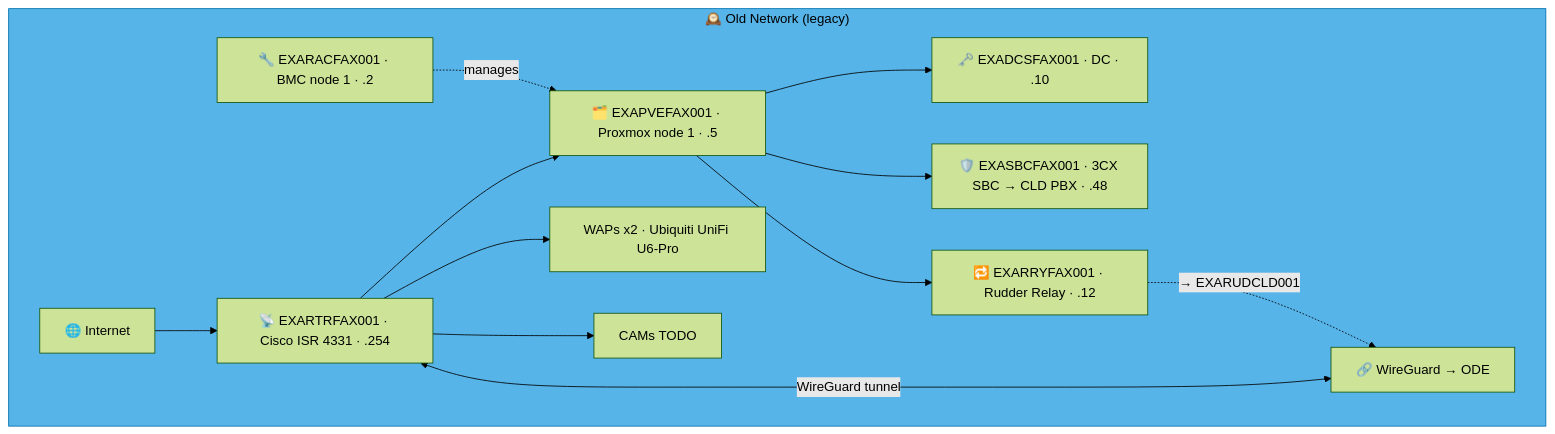
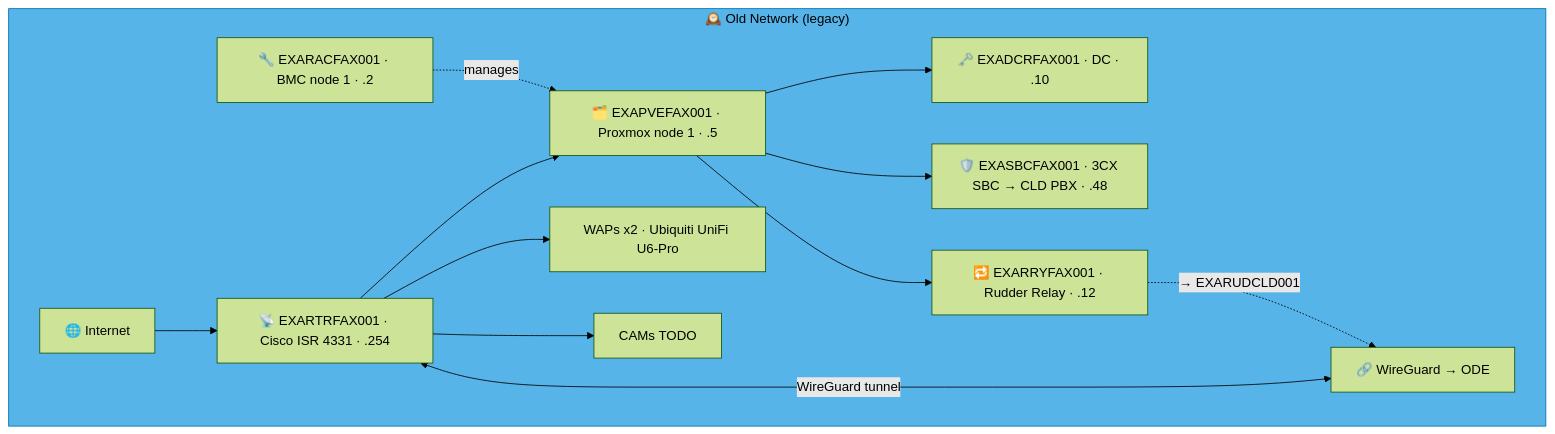
The tenth of 23 diagrams in docs/network-diagram/danmark.md (knightmare2600/example_music_infra), drawn with Mermaid (forest theme) before and after one commit. The commit also changed other lines of this file and 8 other files, not shown here.

````diff
--- a/docs/network-diagram/danmark.md
+++ b/docs/network-diagram/danmark.md
@@ -499,24 +482,24 @@
 ```mermaid
 graph TD
     subgraph OLD_FAX ["🕰️ Old Network (legacy)"]
       INET["🌐 Internet"]
       RTR["📡 EXARTRFAX001 · Cisco ISR 4331 · .254"]
       RAC["🔧 EXARACFAX001 · BMC node 1 · .2"]
       PVE["🗂️ EXAPVEFAX001 · Proxmox node 1 · .5"]
-      DC["🗝️ EXADCSFAX001 · DC · .10"]
+      DC["🗝️ EXADCRFAX001 · DC · .10"]
       SBC["🛡️ EXASBCFAX001 · 3CX SBC → CLD PBX · .48"]
       RRY["🔁 EXARRYFAX001 · Rudder Relay · .12"]
       WAP["WAPs x2 · Ubiquiti UniFi U6-Pro"]
       CAM["CAMs TODO"]
       VPN["🔗 WireGuard → ODE"]
 
       INET --> RTR --> PVE --> DC & SBC
       RAC -.->|"manages"| PVE
       RTR --> WAP & CAM
       RTR <-->|"WireGuard tunnel"| VPN
 
       PVE --> RRY
       RRY -. "→ EXARUDCLD001" .-> VPN
     end
     style OLD_FAX fill:#56B4E9,stroke:#0072B2,color:#000000
 ```
````
